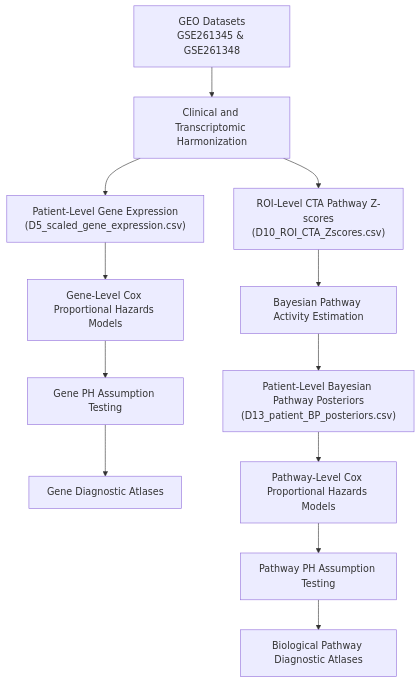
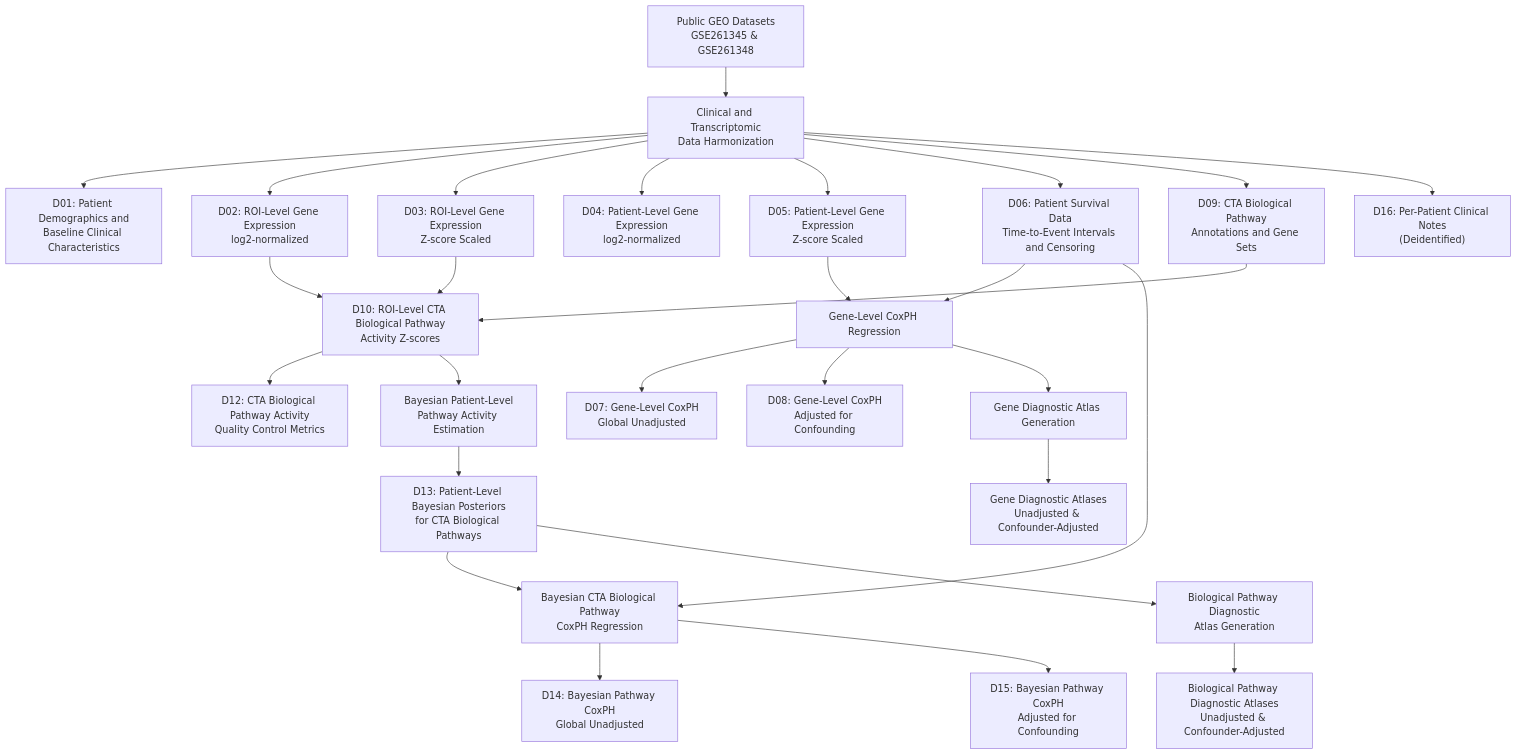
One commit to Chromocyte/SCAPeSCLC changed the diagram in README.md. Above: the diagram before and after it, drawn with Mermaid. The commit also changed other lines of this file, not shown here.

Commit message:
Update README.md
Updated README.md to reflect the recent addition of dataset/ folder.

````diff
--- a/README.md
+++ b/README.md
@@ -93,21 +120,44 @@
 ```mermaid
 flowchart TD
 
-    A["GEO Datasets<br/>GSE261345 & GSE261348"]
+    A["Public GEO Datasets<br/>GSE261345 & GSE261348"]
 
-    A --> B["Clinical and Transcriptomic Harmonization"]
+    A --> B["Clinical and Transcriptomic<br/>Data Harmonization"]
 
-    B --> C["Patient-Level Gene Expression<br/>(D5_scaled_gene_expression.csv)"]
-    B --> D["ROI-Level CTA Pathway Z-scores<br/>(D10_ROI_CTA_Zscores.csv)"]
+    B --> C["D01: Patient Demographics and<br/>Baseline Clinical Characteristics"]
+    B --> D["D02: ROI-Level Gene Expression<br/>log2-normalized"]
+    B --> E["D03: ROI-Level Gene Expression<br/>Z-score Scaled"]
+    B --> F["D04: Patient-Level Gene Expression<br/>log2-normalized"]
+    B --> G["D05: Patient-Level Gene Expression<br/>Z-score Scaled"]
+    B --> H["D06: Patient Survival Data<br/>Time-to-Event Intervals and Censoring"]
+    B --> I["D09: CTA Biological Pathway<br/>Annotations and Gene Sets"]
+    B --> J["D16: Per-Patient Clinical Notes<br/>(Deidentified)"]
 
-    D --> E["Bayesian Pathway Activity Estimation"]
-    E --> F["Patient-Level Bayesian Pathway Posteriors<br/>(D13_patient_BP_posteriors.csv)"]
+    G --> K["Gene-Level CoxPH Regression"]
+    H --> K
 
-    C --> G["Gene-Level Cox Proportional Hazards Models"]
-    G --> H["Gene PH Assumption Testing"]
-    H --> I["Gene Diagnostic Atlases"]
+    K --> L["D07: Gene-Level CoxPH<br/>Global Unadjusted"]
+    K --> M["D08: Gene-Level CoxPH<br/>Adjusted for Confounding"]
 
-    F --> J["Pathway-Level Cox Proportional Hazards Models"]
-    J --> K["Pathway PH Assumption Testing"]
-    K --> L["Biological Pathway Diagnostic Atlases"]
+    D --> N["D10: ROI-Level CTA Biological Pathway<br/>Activity Z-scores"]
+    E --> N
+    I --> N
+
+    N --> O["D12: CTA Biological Pathway Activity<br/>Quality Control Metrics"]
+
+    N --> P["Bayesian Patient-Level<br/>Pathway Activity Estimation"]
+
+    P --> Q["D13: Patient-Level Bayesian Posteriors<br/>for CTA Biological Pathways"]
+
+    Q --> R["Bayesian CTA Biological Pathway<br/>CoxPH Regression"]
+    H --> R
+
+    R --> S["D14: Bayesian Pathway CoxPH<br/>Global Unadjusted"]
+    R --> T["D15: Bayesian Pathway CoxPH<br/>Adjusted for Confounding"]
+
+    K --> U["Gene Diagnostic Atlas Generation"]
+    U --> V["Gene Diagnostic Atlases<br/>Unadjusted & Confounder-Adjusted"]
+
+    Q --> W["Biological Pathway Diagnostic<br/>Atlas Generation"]
+    W --> X["Biological Pathway Diagnostic Atlases<br/>Unadjusted & Confounder-Adjusted"]
 ```
````
